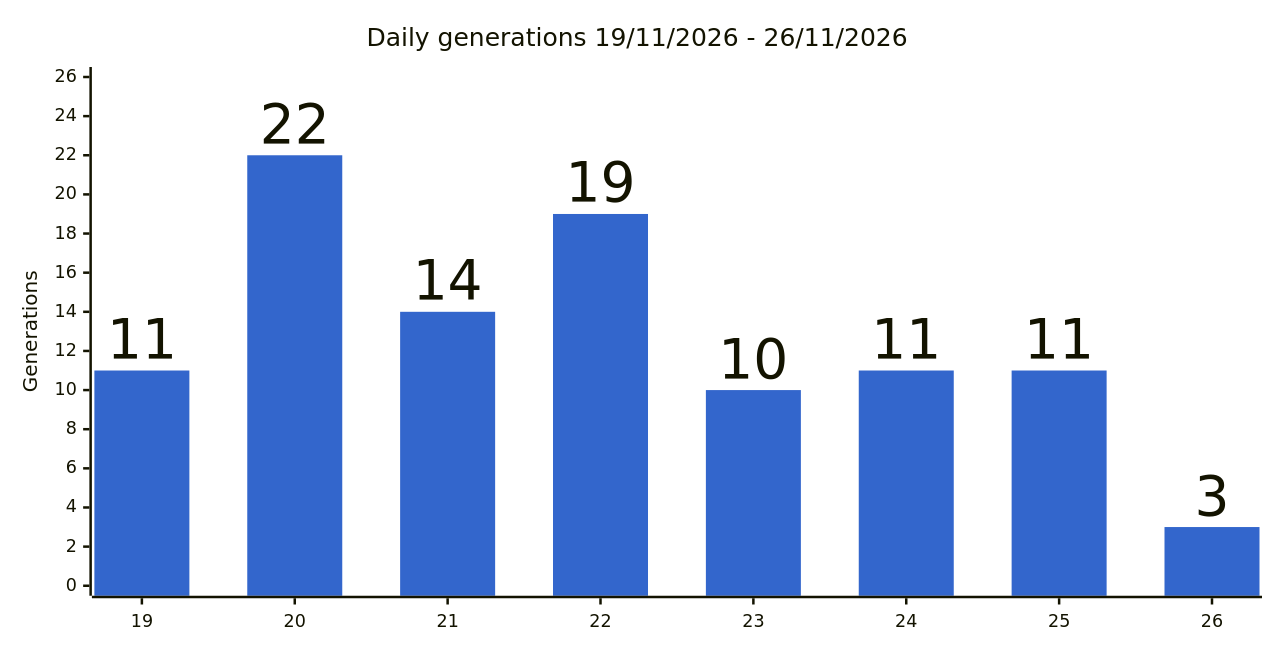
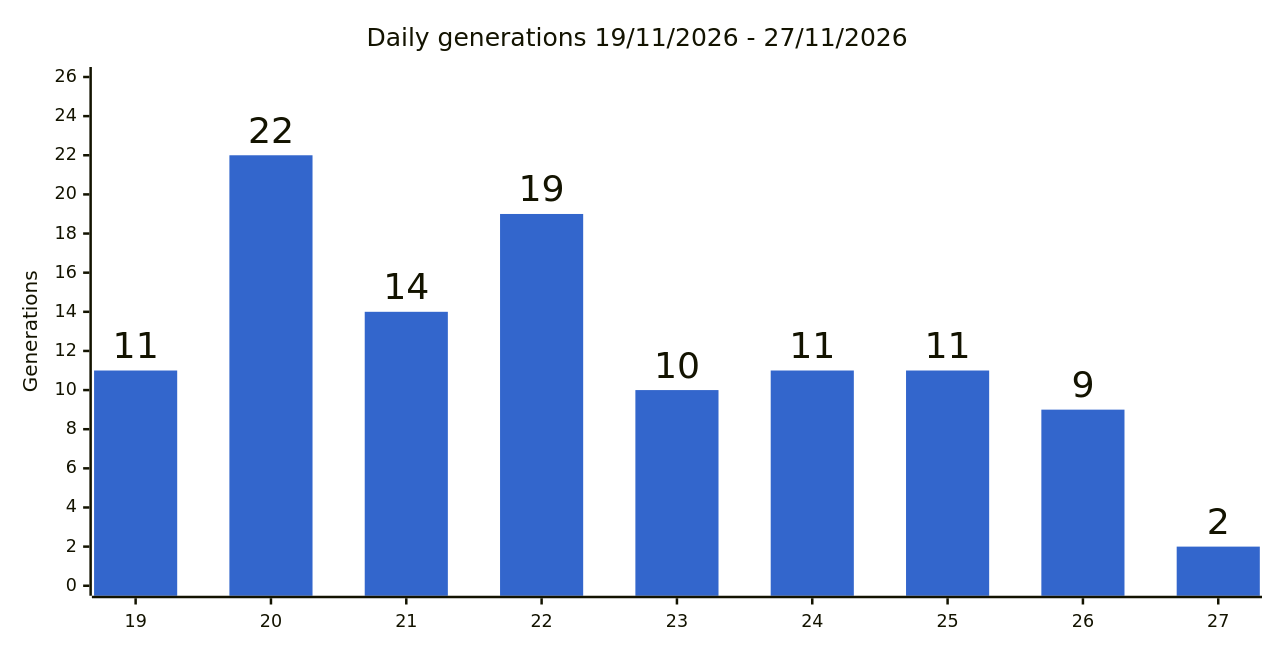
Before and after one commit to gmoulard/wikipedia2book: the second of 4 diagrams in docs/stats.md, drawn with Mermaid. The commit also changed other lines of this file and 3 other files, not shown here.

````diff
--- a/docs/stats.md
+++ b/docs/stats.md
@@ -32,8 +32,8 @@
 ```mermaid
 %%{init: {"xyChart": {"width": 1000, "showDataLabel": true, "showDataLabelOutsideBar": true}, "themeVariables": {"xyChart": {"plotColorPalette": "#3366cc"}}}}%%
 xychart-beta
-    title "Daily generations 19/11/2026 - 26/11/2026"
-    x-axis ["19", "20", "21", "22", "23", "24", "25", "26"]
+    title "Daily generations 19/11/2026 - 27/11/2026"
+    x-axis ["19", "20", "21", "22", "23", "24", "25", "26", "27"]
     y-axis "Generations" 0 --> 26
-    bar [11, 22, 14, 19, 10, 11, 11, 3]
+    bar [11, 22, 14, 19, 10, 11, 11, 9, 2]
 ```
````
